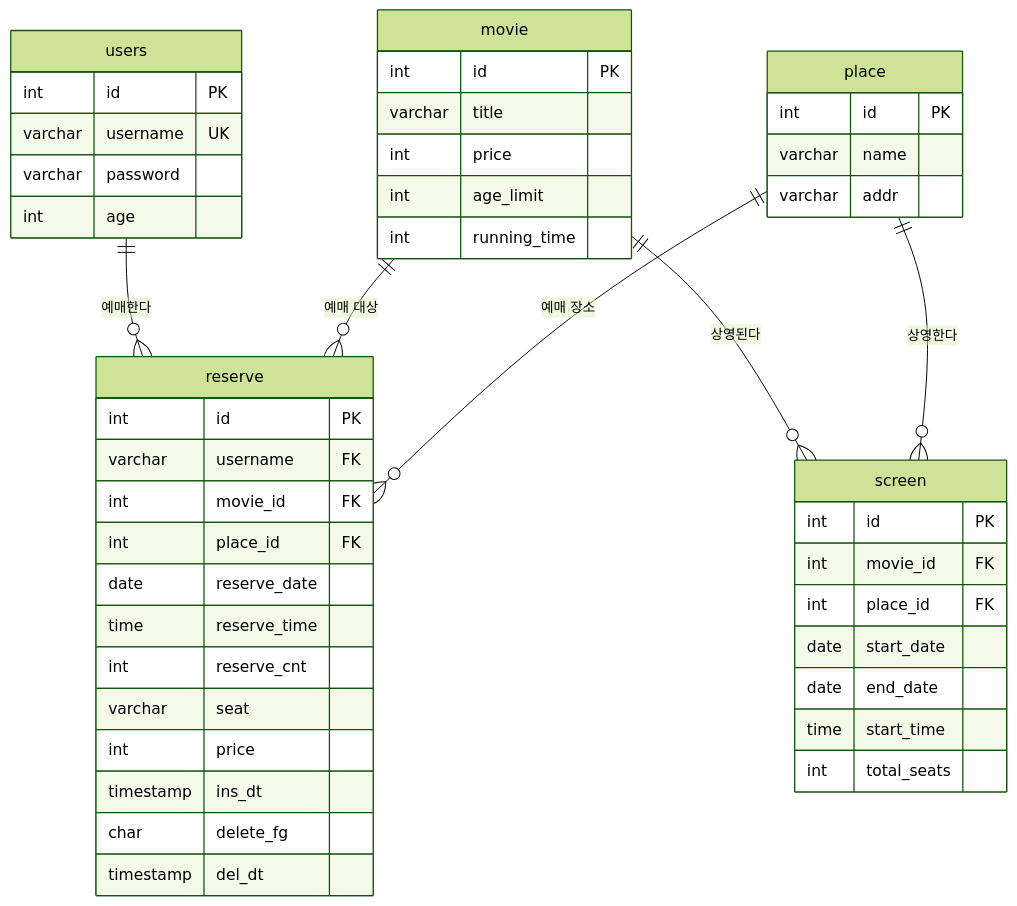
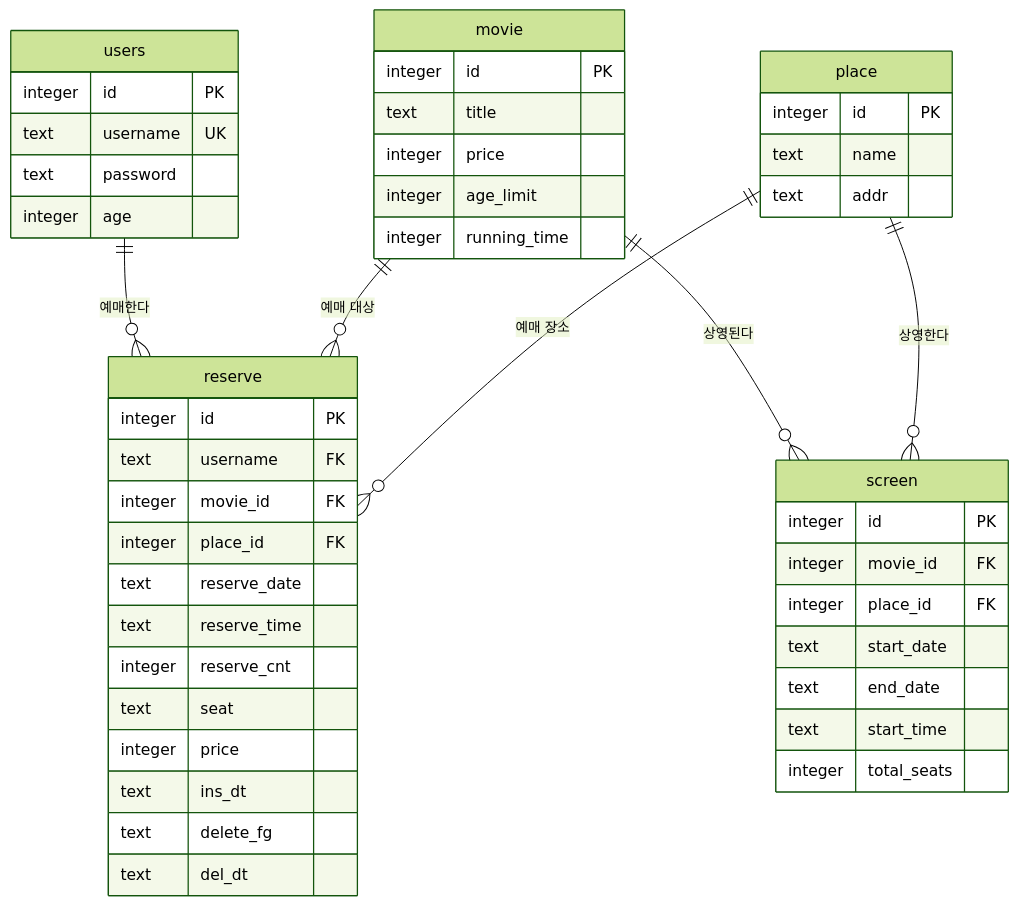
Before and after one commit to LG-Eureka/CineSeat: the second of 2 diagrams in README.md, drawn with Mermaid (forest theme). The commit also changed other lines of this file and 14 other files, not shown here.

````diff
--- a/README.md
+++ b/README.md
@@ -54,50 +54,50 @@
 ```mermaid
 erDiagram
     users {
-        int id PK
-        varchar username UK
-        varchar password
-        int age
+        integer id PK
+        text username UK
+        text password
+        integer age
     }
     movie {
-        int id PK
-        varchar title
-        int price
-        int age_limit
-        int running_time
+        integer id PK
+        text title
+        integer price
+        integer age_limit
+        integer running_time
     }
     place {
-        int id PK
-        varchar name
-        varchar addr
+        integer id PK
+        text name
+        text addr
     }
     screen {
-        int id PK
-        int movie_id FK
-        int place_id FK
-        date start_date
-        date end_date
-        time start_time
-        int total_seats
+        integer id PK
+        integer movie_id FK
+        integer place_id FK
+        text start_date
+        text end_date
+        text start_time
+        integer total_seats
     }
     reserve {
-        int id PK
-        varchar username FK
-        int movie_id FK
-        int place_id FK
-        date reserve_date
-        time reserve_time
-        int reserve_cnt
-        varchar seat
-        int price
-        timestamp ins_dt
-        char delete_fg
-        timestamp del_dt
+        integer id PK
+        text username FK
+        integer movie_id FK
+        integer place_id FK
+        text reserve_date
+        text reserve_time
+        integer reserve_cnt
+        text seat
+        integer price
+        text ins_dt
+        text delete_fg
+        text del_dt
     }
 
     users ||--o{ reserve : "예매한다"
     movie ||--o{ screen : "상영된다"
     place ||--o{ screen : "상영한다"
     movie ||--o{ reserve : "예매 대상"
     place ||--o{ reserve : "예매 장소"
 ```
````
